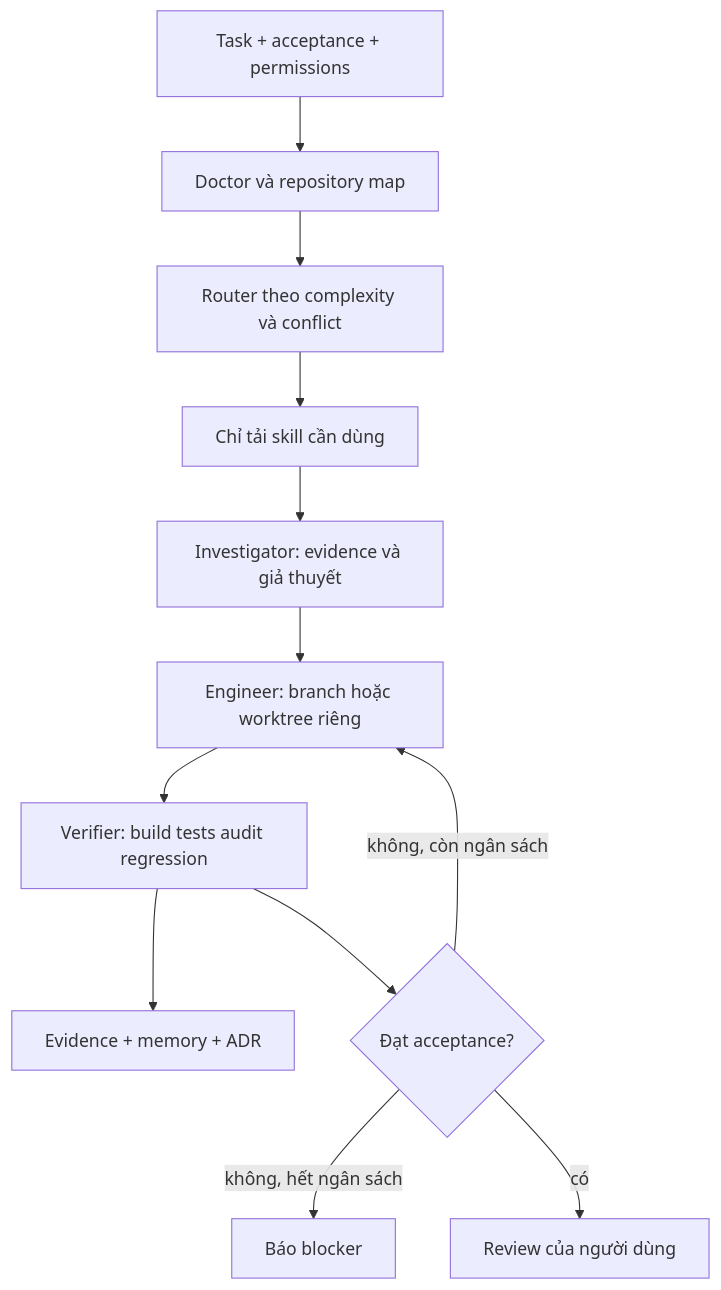
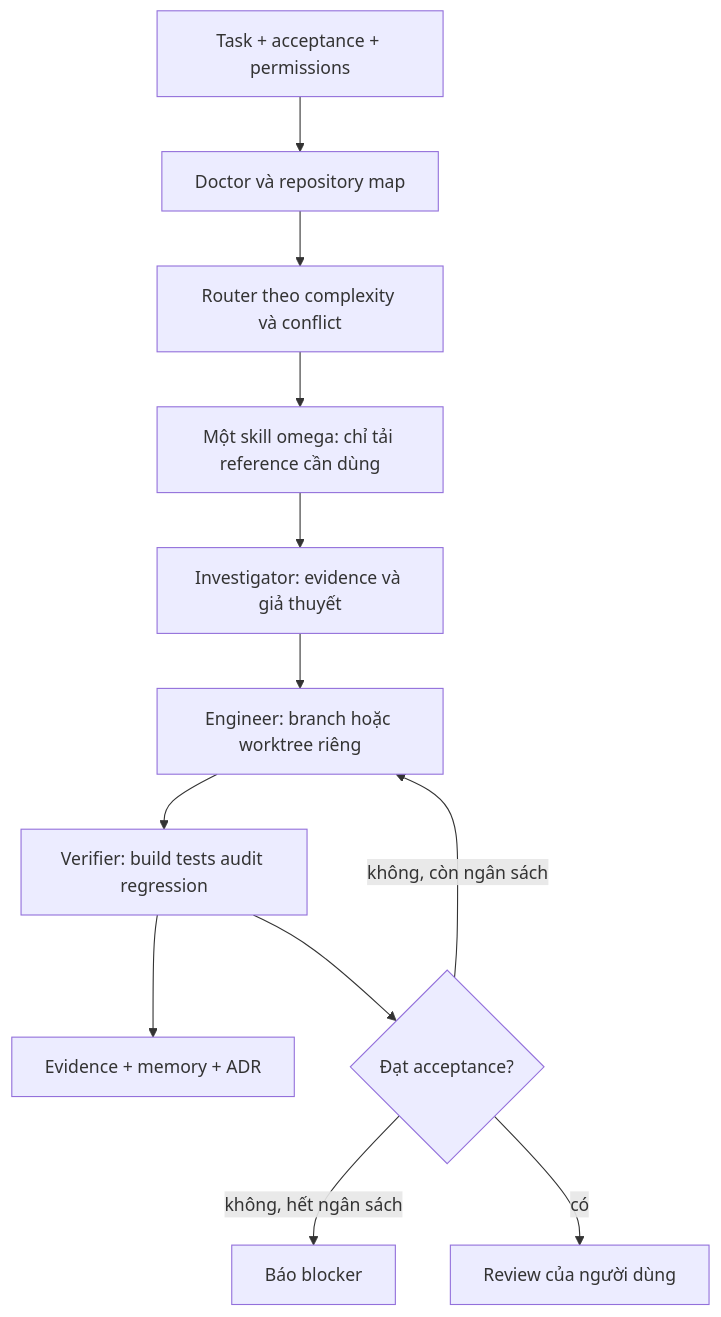
Before and after one commit to thanhuydiet207-a11y/skill: the diagram in docs/ARCHITECTURE.md, drawn with Mermaid. The commit also changed other lines of this file and 37 other files, not shown here.

Commit message:
feat: consolidate OMEGA into one skill with on-demand modes

````diff
--- a/docs/ARCHITECTURE.md
+++ b/docs/ARCHITECTURE.md
@@ -7,14 +7,14 @@
 ```mermaid
 flowchart TD
     U[Task + acceptance + permissions] --> D[Doctor và repository map]
     D --> R[Router theo complexity và conflict]
-    R --> S[Chỉ tải skill cần dùng]
+    R --> S[Một skill omega: chỉ tải reference cần dùng]
     S --> I[Investigator: evidence và giả thuyết]
     I --> E[Engineer: branch hoặc worktree riêng]
     E --> V[Verifier: build tests audit regression]
     V --> M[Evidence + memory + ADR]
     V --> F{Đạt acceptance?}
     F -->|không, còn ngân sách| E
     F -->|không, hết ngân sách| B[Báo blocker]
     F -->|có| H[Review của người dùng]
 ```
````
